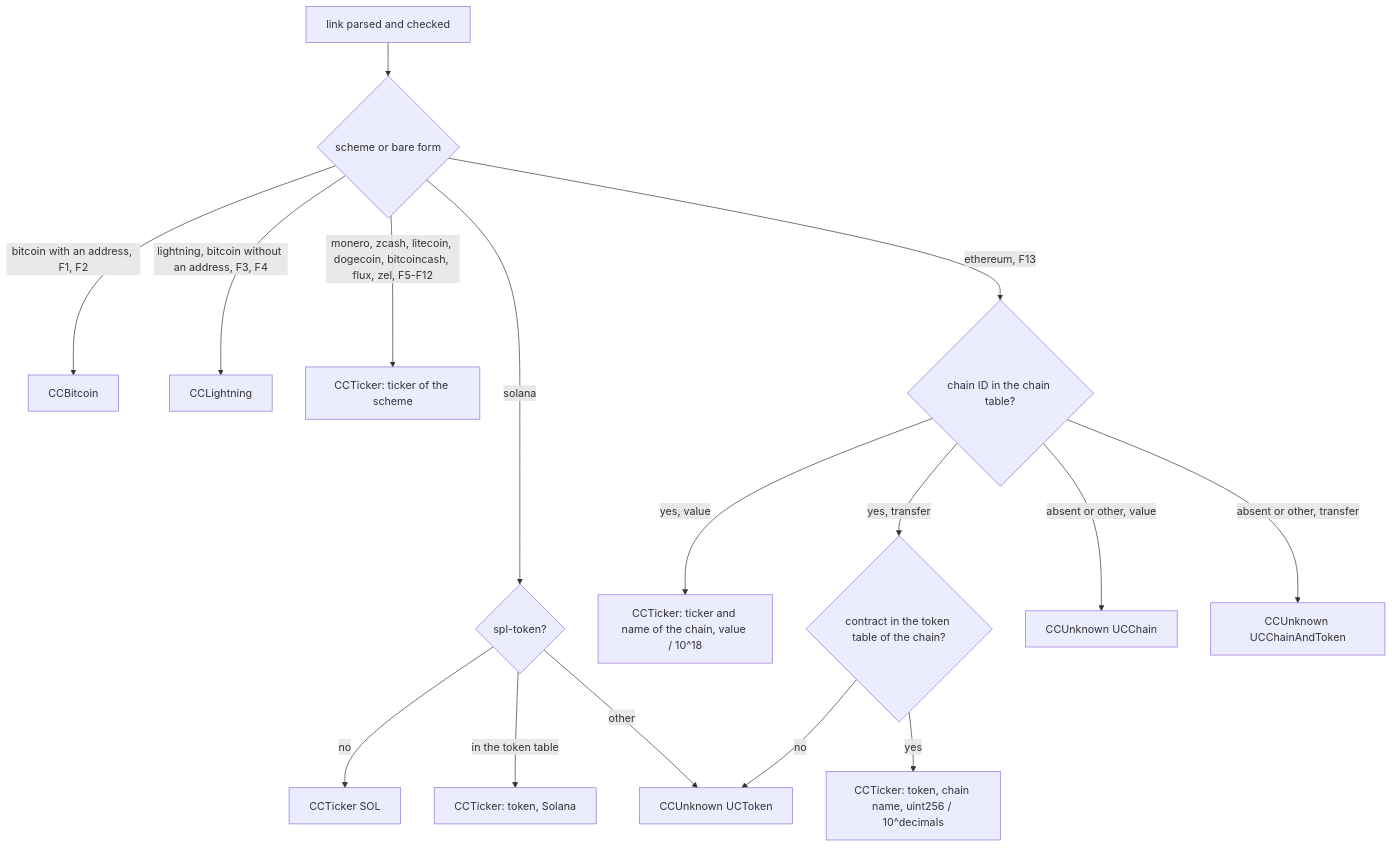
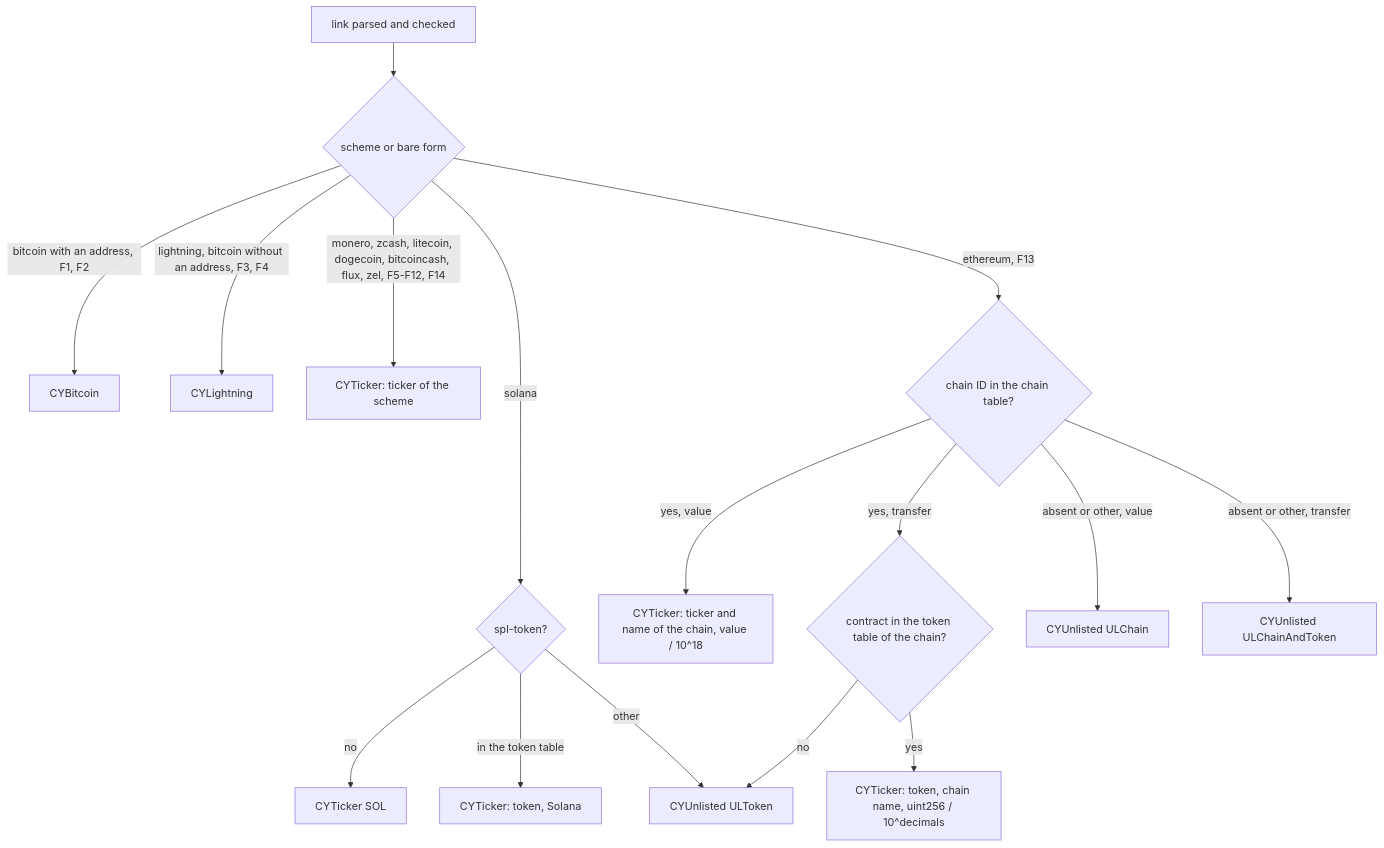
One commit to simplex-chat/simplex-chat changed the third of 9 diagrams in plans/2026-11-22-payment-addresses.md. Above: the diagram before and after it, drawn with Mermaid. The commit also changed other lines of this file, not shown here.

Commit message:
core: chain addresses plan with Flux Sapling, address-like labels, names

````diff
--- a/plans/2026-11-22-payment-addresses.md
+++ b/plans/2026-11-22-payment-addresses.md
@@ -413,18 +434,18 @@
 ```mermaid
 flowchart TD
   P["link parsed and checked"] --> S{"scheme or bare form"}
-  S -->|"bitcoin with an address, F1, F2"| B["CCBitcoin"]
-  S -->|"lightning, bitcoin without an address, F3, F4"| N["CCLightning"]
-  S -->|"monero, zcash, litecoin, dogecoin, bitcoincash, flux, zel, F5-F12"| T["CCTicker: ticker of the scheme"]
+  S -->|"bitcoin with an address, F1, F2"| B["CYBitcoin"]
+  S -->|"lightning, bitcoin without an address, F3, F4"| N["CYLightning"]
+  S -->|"monero, zcash, litecoin, dogecoin, bitcoincash, flux, zel, F5-F12, F14"| T["CYTicker: ticker of the scheme"]
   S -->|solana| SP{"spl-token?"}
-  SP -->|no| SOL["CCTicker SOL"]
-  SP -->|"in the token table"| ST["CCTicker: token, Solana"]
-  SP -->|other| UT["CCUnknown UCToken"]
+  SP -->|no| SOL["CYTicker SOL"]
+  SP -->|"in the token table"| ST["CYTicker: token, Solana"]
+  SP -->|other| UT["CYUnlisted ULToken"]
   S -->|"ethereum, F13"| C{"chain ID in the chain table?"}
-  C -->|"yes, value"| CV["CCTicker: ticker and name of the chain, value / 10^18"]
+  C -->|"yes, value"| CV["CYTicker: ticker and name of the chain, value / 10^18"]
   C -->|"yes, transfer"| K{"contract in the token table of the chain?"}
-  K -->|yes| KT["CCTicker: token, chain name, uint256 / 10^decimals"]
+  K -->|yes| KT["CYTicker: token, chain name, uint256 / 10^decimals"]
   K -->|no| UT
-  C -->|"absent or other, value"| UC["CCUnknown UCChain"]
-  C -->|"absent or other, transfer"| UCT["CCUnknown UCChainAndToken"]
+  C -->|"absent or other, value"| UC["CYUnlisted ULChain"]
+  C -->|"absent or other, transfer"| UCT["CYUnlisted ULChainAndToken"]
 ```
````
